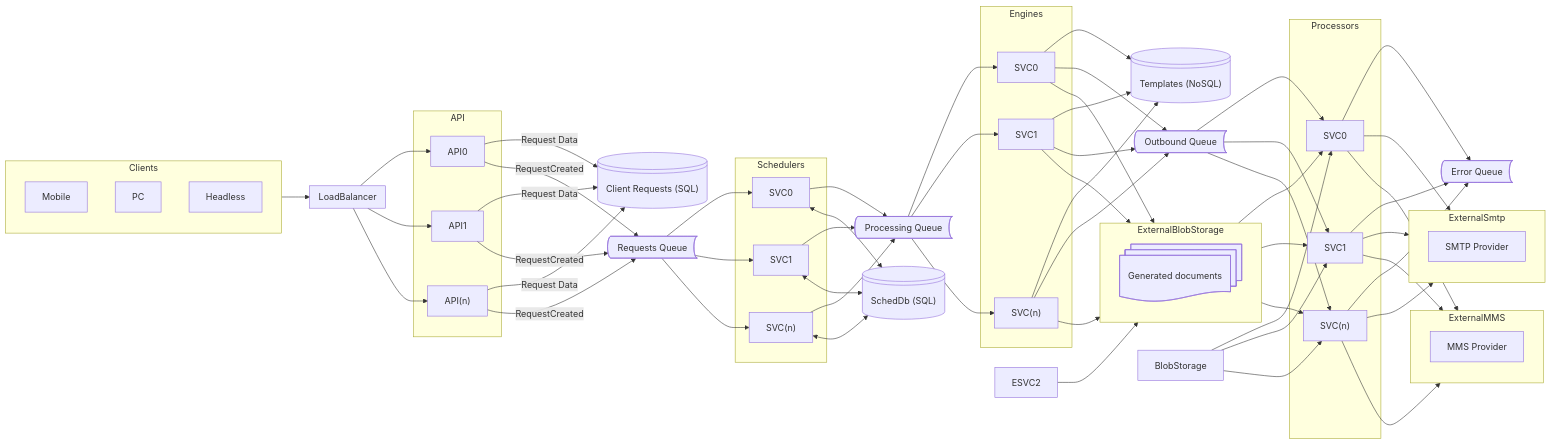
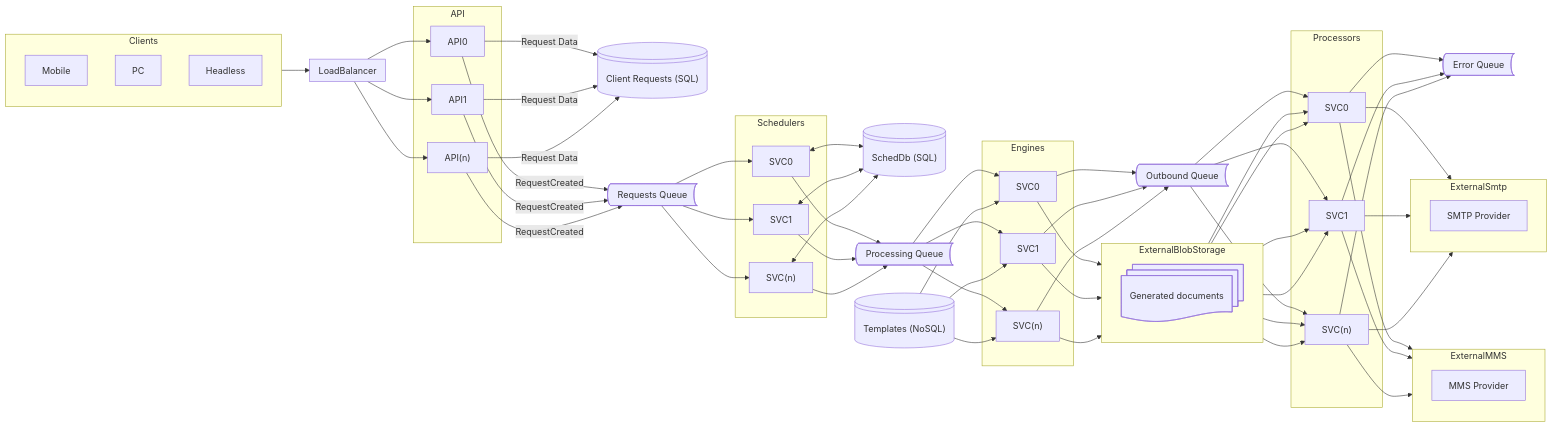
The diagram in src/CSharp/BackToSchool.CSharp/SystemsDesign/MailSystem/readme.md (jrandallsexton/back-to-school), drawn with Mermaid before and after one commit.

Commit message:
forgot mermaid update

````diff
--- a/src/CSharp/BackToSchool.CSharp/SystemsDesign/MailSystem/readme.md
+++ b/src/CSharp/BackToSchool.CSharp/SystemsDesign/MailSystem/readme.md
@@ -28,71 +28,71 @@
 ```mermaid
 flowchart LR
 subgraph Clients
     M[Mobile]
     PC[PC]
     H[Headless]
 end
 subgraph LoadBalancer
 end
 subgraph API
     API0[API0]
     API1[API1]
     APIN["API(n)"]
 end
 LoadBalancer --> API0
 LoadBalancer --> API1
 LoadBalancer --> APIN
 DBSQL@{ shape: lin-cyl, label: "Client Requests (SQL)" }
 Q0@{ shape: bow-rect, label: "Requests Queue" }
 API0 -->|Request Data|DBSQL
 API0 -->|RequestCreated|Q0
 API1 -->|Request Data|DBSQL
 API1 -->|RequestCreated|Q0
 APIN -->|Request Data|DBSQL
 APIN -->|RequestCreated|Q0
 subgraph Schedulers
     SSVC0[SVC0]
     SSVC1[SVC1]
     SSVCN["SVC(n)"]
 end
 SCHEDDB@{ shape: lin-cyl, label: "SchedDb (SQL)" }
 Q0 --> SSVC0
 Q0 --> SSVC1
 Q0 --> SSVCN
 DBNOSQL@{ shape: lin-cyl, label: "Templates (NoSQL)" }
 Q1@{ shape: bow-rect, label: "Processing Queue" }
 SSVC0 & SSVC1 & SSVCN --> Q1
 SSVC0 & SSVC1 & SSVCN <--> SCHEDDB
 subgraph Engines
     ESVC0[SVC0]
     ESVC1[SVC1]
     ESVCN["SVC(n)"]
 end
 Q1 --> ESVC0 & ESVC1 & ESVCN
 Q2@{ shape: bow-rect, label: "Error Queue" }
-ESVC0 & ESVC1 & ESVCN --> DBNOSQL
+DBNOSQL --> ESVC0 & ESVC1 & ESVCN
 Q3@{ shape: bow-rect, label: "Outbound Queue" }
 ESVC0 & ESVC1 & ESVCN --> Q3
 subgraph Processors
     PSVC0[SVC0]
     PSVC1[SVC1]
     PSVCN["SVC(n)"]
 end
 Q3 --> PSVC0 & PSVC1 & PSVCN
 PSVC0 & PSVC1 & PSVCN --> Q2
-BlobStorage --> PSVC0 & PSVC1 & PSVCN
+ExternalBlobStorage --> PSVC0 & PSVC1 & PSVCN
 Clients --> LoadBalancer
 subgraph ExternalBlobStorage
     GENDOCS@{ shape: docs, label: "Generated documents" }
 end
-ESVC0 & ESVC1 & ESVC2 & ESVCN --> ExternalBlobStorage
+ESVC0 & ESVC1 & ESVCN --> ExternalBlobStorage
 subgraph ExternalSmtp
 SMTP[SMTP Provider]
 end
 subgraph ExternalMMS
 MMS[MMS Provider]
 end
 PSVC0 & PSVC1 & PSVCN --> ExternalSmtp
 PSVC0 & PSVC1 & PSVCN --> ExternalMMS
 ExternalBlobStorage --> PSVC0 & PSVC1 & PSVCN
 ```
````
